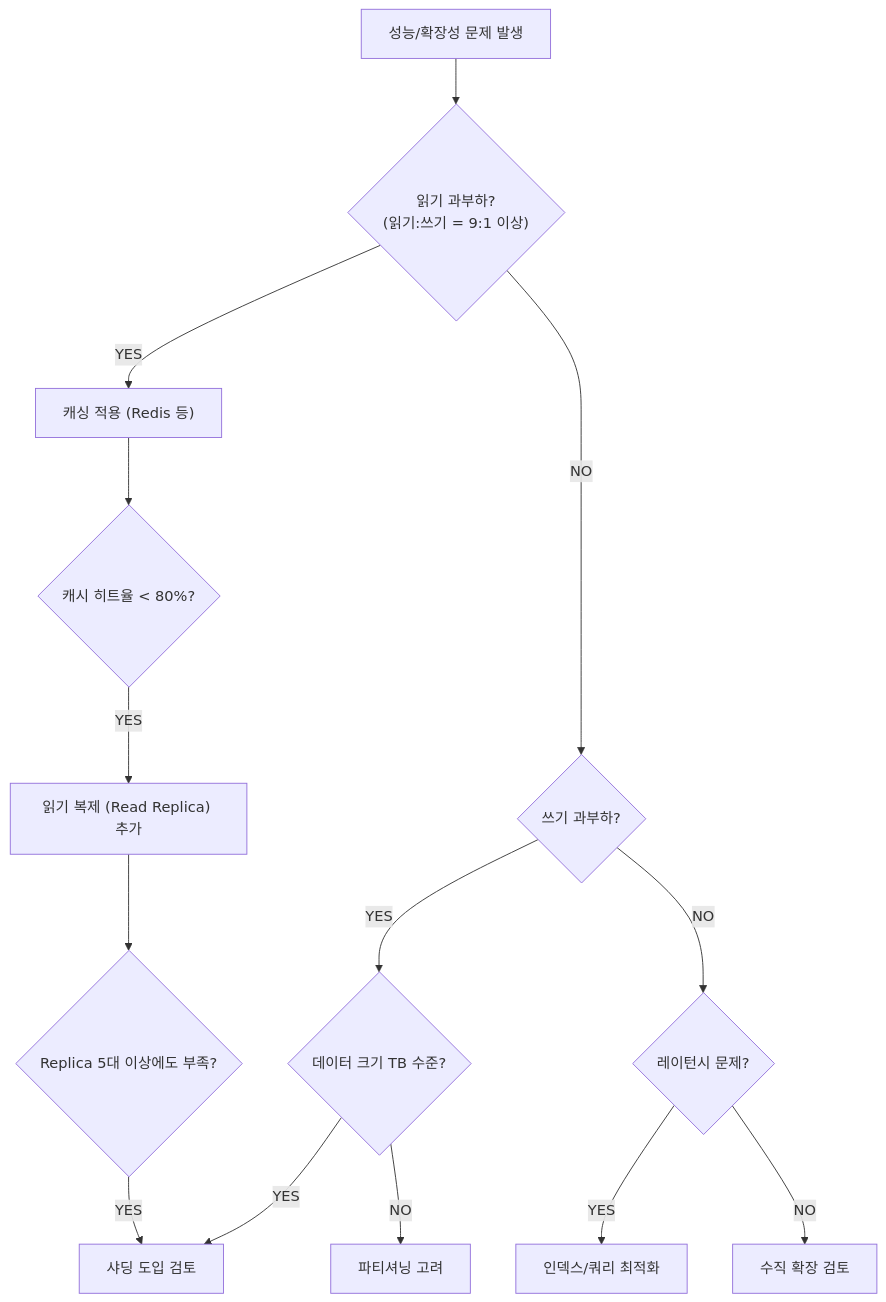
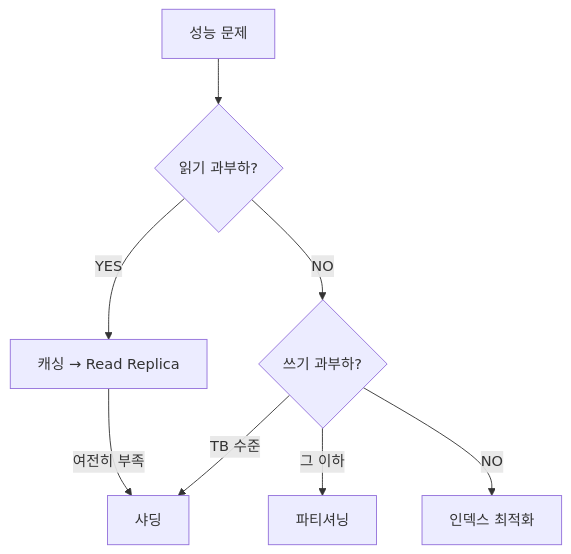
One commit to yjkim2015/yjkim2015.github.io changed diagram 11 of 13 in _posts/db/2026-05-01-db-sharding.md. Above: the diagram before and after it, drawn with Mermaid. The commit also changed other lines of this file and 215 other files, not shown here.

First line of the commit message:
신규 포스트 10개 추가 + Mermaid 전면 축소 + SystemDesign 시리즈 보강

````diff
--- a/_posts/db/2026-05-01-db-sharding.md
+++ b/_posts/db/2026-05-01-db-sharding.md
@@ -529,16 +518,10 @@
 ```mermaid
 graph TD
-    A["성능/확장성 문제 발생"] --> B{"읽기 과부하?\n(읽기:쓰기 = 9:1 이상)"}
-    B -->|"YES"| C["캐싱 적용 (Redis 등)"]
-    C --> C2{"캐시 히트율 < 80%?"}
-    C2 -->|"YES"| C3["읽기 복제 (Read Replica) 추가"]
-    C3 --> C4{"Replica 5대 이상에도 부족?"}
-    C4 -->|"YES"| F["샤딩 도입 검토"]
+    A["성능 문제"] --> B{"읽기 과부하?"}
+    B -->|"YES"| C["캐싱 → Read Replica"]
+    C -->|"여전히 부족"| F["샤딩"]
     B -->|"NO"| D{"쓰기 과부하?"}
-    D -->|"YES"| E{"데이터 크기 TB 수준?"}
-    E -->|"YES"| F
-    E -->|"NO"| G["파티셔닝 고려"]
-    D -->|"NO"| H{"레이턴시 문제?"}
-    H -->|"YES"| I["인덱스/쿼리 최적화"]
-    H -->|"NO"| J["수직 확장 검토"]
+    D -->|"TB 수준"| F
+    D -->|"그 이하"| G["파티셔닝"]
+    D -->|"NO"| I["인덱스 최적화"]
 ```
````
